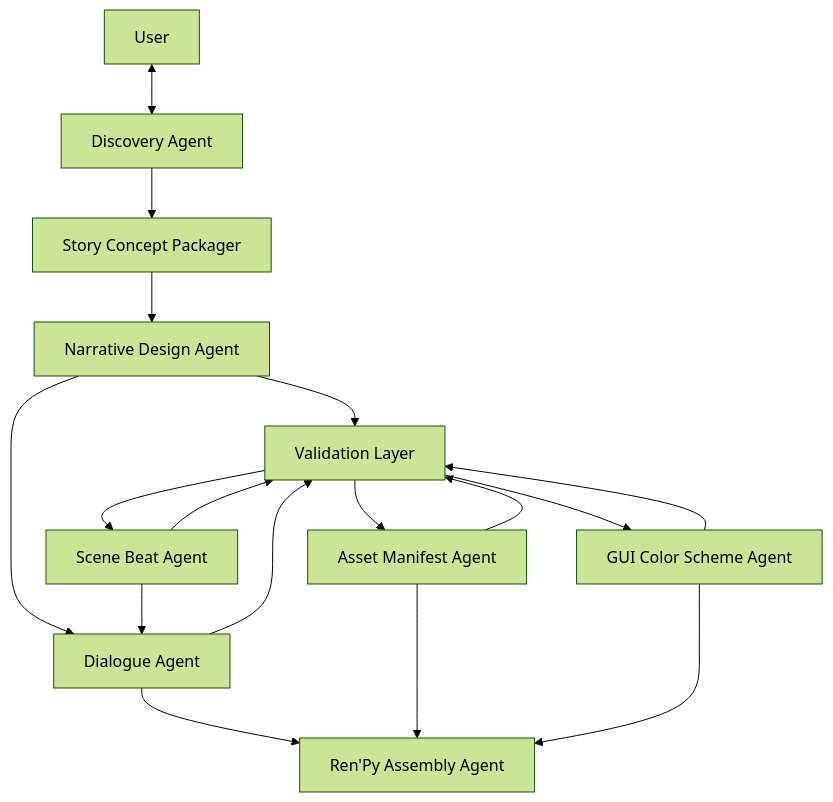
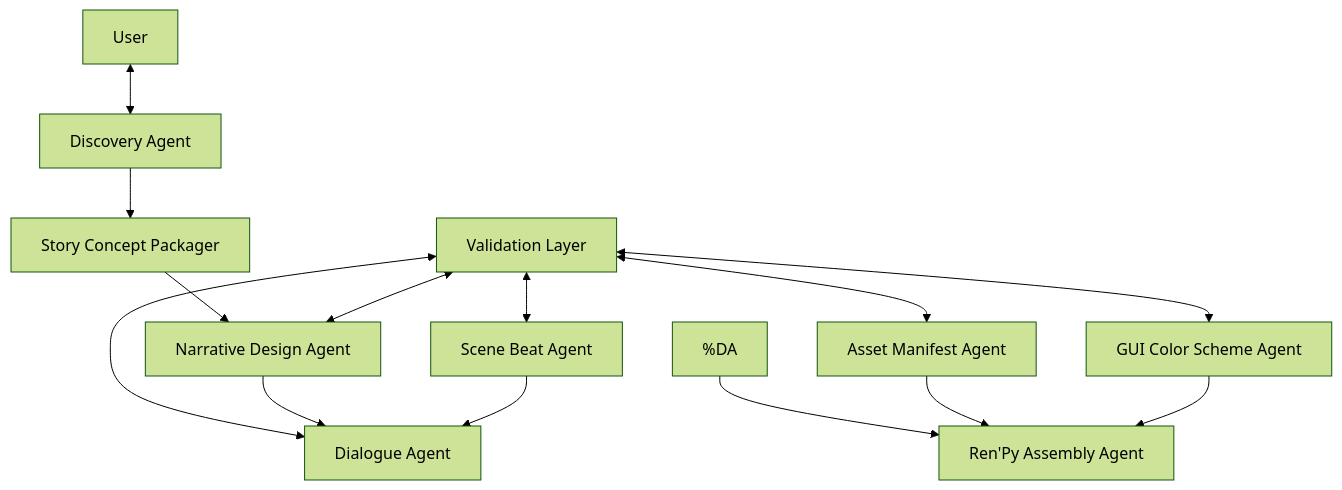
The diagram in README.md (danglenzig/KARLA_PROD), drawn with Mermaid (forest theme) before and after one commit.

Commit message:
Revise flow relationships in README
Updated the flow relationships and added new connections for QA, SB, AM, CA, ND, and DA.

````diff
--- a/README.md
+++ b/README.md
@@ -118,30 +118,32 @@
 ```mermaid
 graph TD
     US[User]
     DI[Discovery Agent]
     CP[Story Concept Packager]
     ND[Narrative Design Agent]
     SB[Scene Beat Agent]
     DA[Dialogue Agent]
     AM[Asset Manifest Agent]
     CA[GUI Color Scheme Agent]
     RP[Ren'Py Assembly Agent]
     QA[Validation Layer]
 
     US <--> DI
     DI --> CP
     CP --> ND
-    ND --> QA
-    QA --> SB
-    QA --> AM
-    QA --> CA
-    SB --> QA
+    %%ND --> QA
+    QA <--> SB
+    QA <--> AM
+    QA <--> CA
+    QA <--> ND
+    QA <--> DA
+    %%SB --> QA
     ND --> DA
     SB --> DA
-    DA --> QA
-    AM --> QA
-    CA --> QA
-    DA --> RP
+    %%DA --> QA
+    %%AM --> QA
+    %%CA --> QA
+    %DA --> RP
     AM --> RP
     CA --> RP
 ```
````
